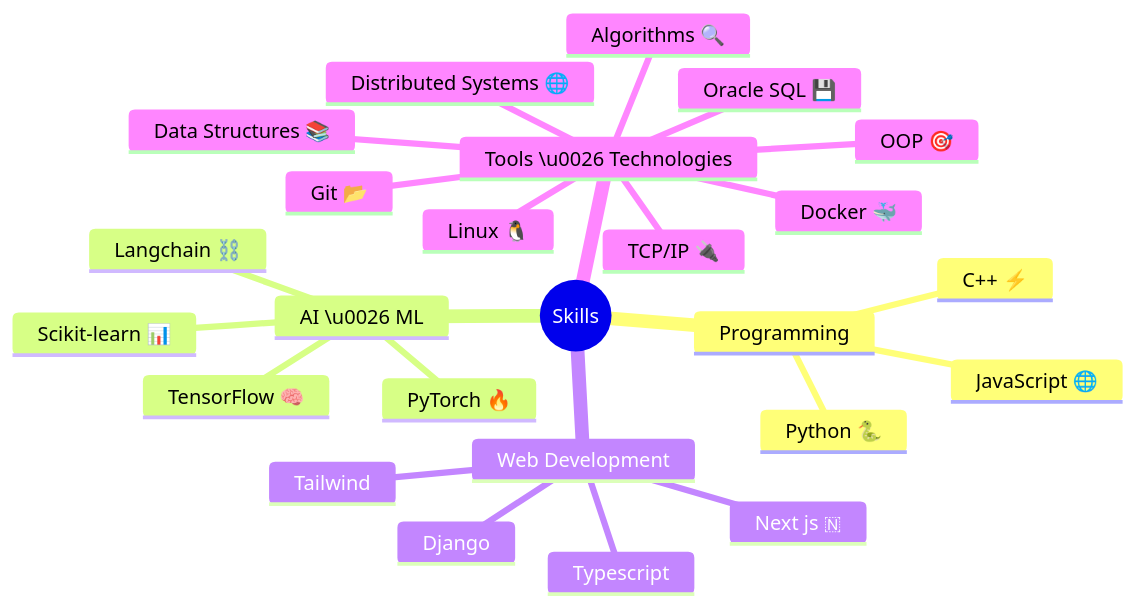
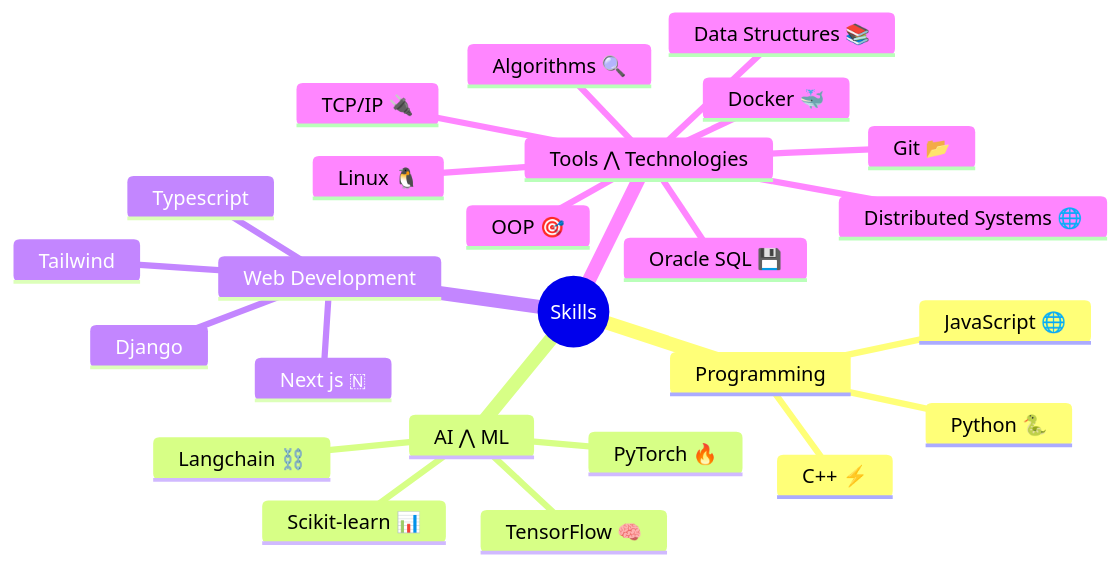
One commit to abhishekpanthee/abhishekpanthee changed the diagram in README.md. Above: the diagram before and after it, drawn with Mermaid.

Commit message:
final fix

````diff
--- a/README.md
+++ b/README.md
@@ -31,28 +31,28 @@
 ```mermaid
 mindmap
   root((Skills))
     Programming
       Python 🐍
       C++ ⚡
       JavaScript 🌐
-    AI \u0026 ML
+    AI ⋀ ML
       TensorFlow 🧠
       PyTorch 🔥
       Scikit-learn 📊
       Langchain ⛓️
     Web Development
       Typescript
       Tailwind
       Django
       Next js 🇳
-    Tools \u0026 Technologies
+    Tools ⋀ Technologies
       Git 📂
       Docker 🐳 
       Linux 🐧
       Oracle SQL 💾
       Data Structures 📚
       Algorithms 🔍
       OOP 🎯
       Distributed Systems 🌐
       TCP/IP 🔌
 ```
````
